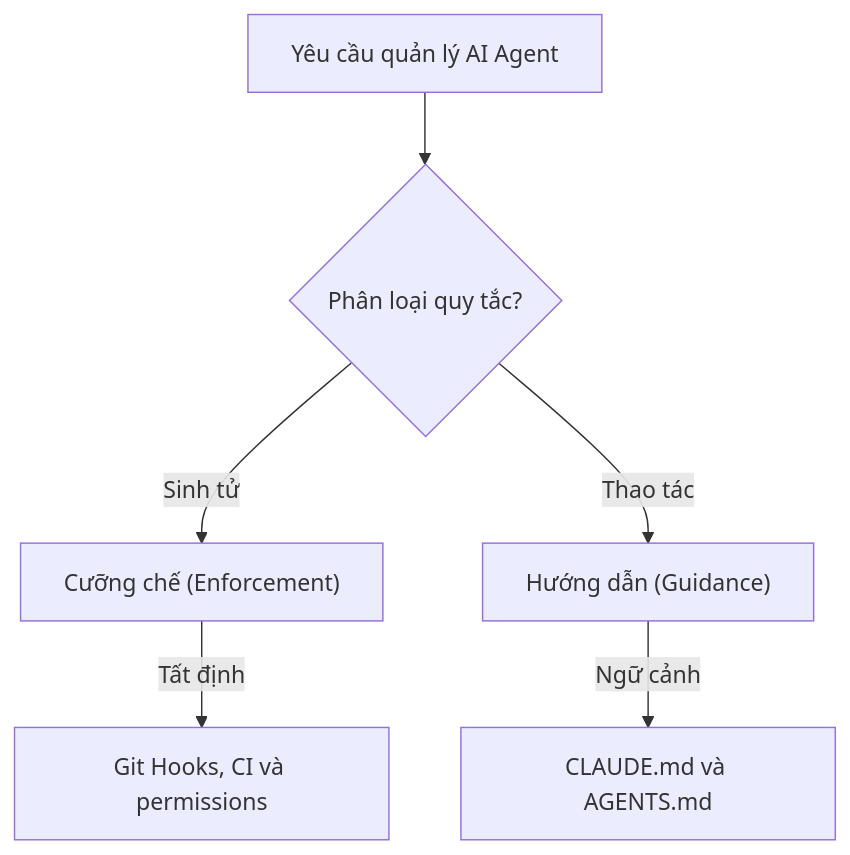
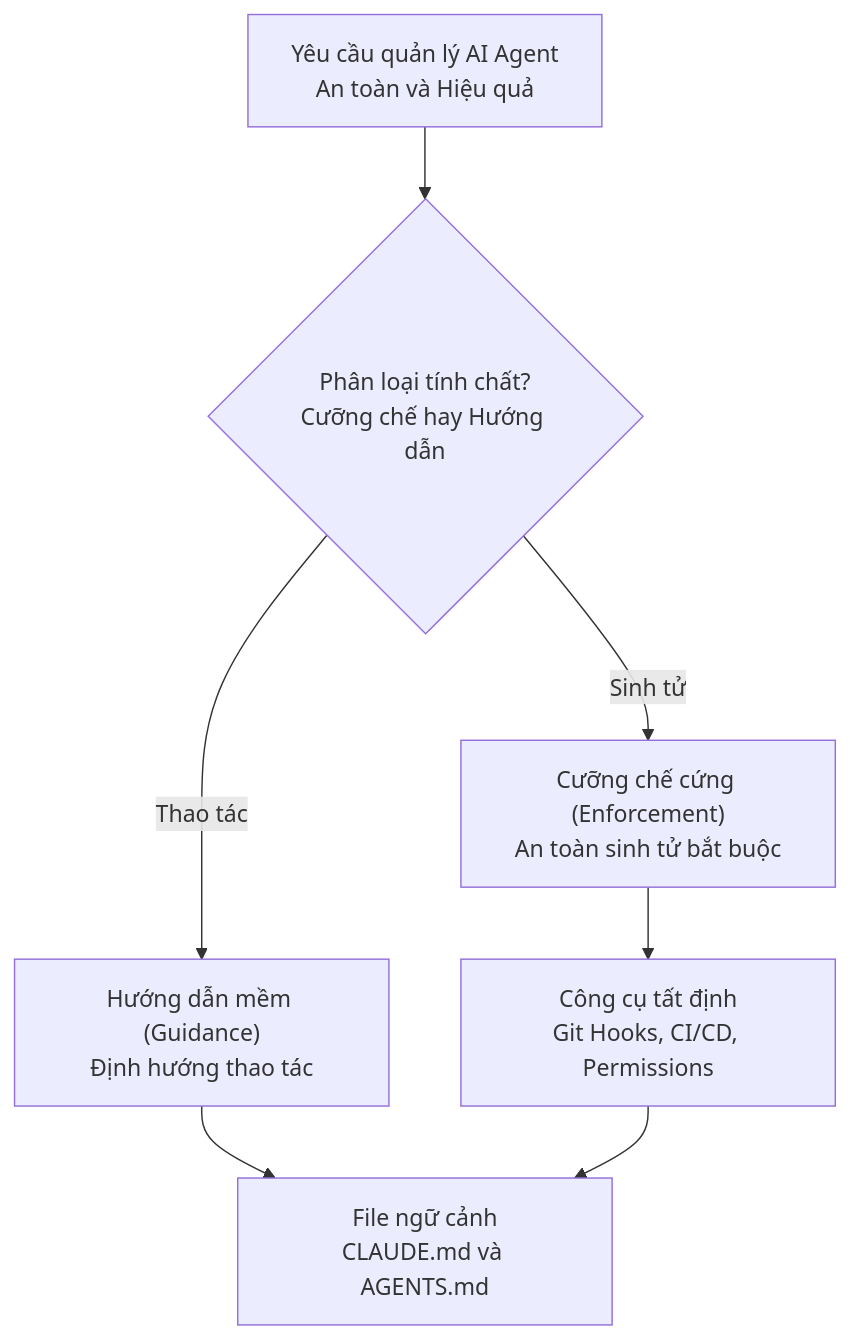
The second of 2 diagrams in content/posts/tu-duy-viet-claudemd-thuc-chien.md (nguyengoctin/my_website), drawn with Mermaid before and after one commit. The commit also changed other lines of this file and 34 other files, not shown here.

````diff
--- a/content/posts/tu-duy-viet-claudemd-thuc-chien.md
+++ b/content/posts/tu-duy-viet-claudemd-thuc-chien.md
@@ -135,14 +136,15 @@
 ```mermaid
 flowchart TD
-    A["`Yêu cầu quản lý AI Agent`"]
-    B{"`Phân loại quy tắc?`"}
-    C["`Cưỡng chế (Enforcement)`"]
-    D["`Hướng dẫn (Guidance)`"]
-    E["`Git Hooks, CI và permissions`"]
-    F["`CLAUDE.md và AGENTS.md`"]
-    A --> B
-    B -->|Sinh tử| C
-    B -->|Thao tác| D
-    C -->|Tất định| E
-    D -->|Ngữ cảnh| F
+    Req["Yêu cầu quản lý AI Agent<br/>An toàn và Hiệu quả"]
+    CheckRule{"Phân loại tính chất?<br/>Cưỡng chế hay Hướng dẫn"}
+    Enforce["Cưỡng chế cứng (Enforcement)<br/>An toàn sinh tử bắt buộc"]
+    Guide["Hướng dẫn mềm (Guidance)<br/>Định hướng thao tác"]
+    Tools["Công cụ tất định<br/>Git Hooks, CI/CD, Permissions"]
+    Files["File ngữ cảnh<br/>CLAUDE.md và AGENTS.md"]
+    Req --> CheckRule
+    CheckRule -->|Sinh tử| Enforce
+    CheckRule -->|Thao tác| Guide
+    Enforce --> Tools
+    Guide --> Files
+    Tools --> Files
 ```
````
